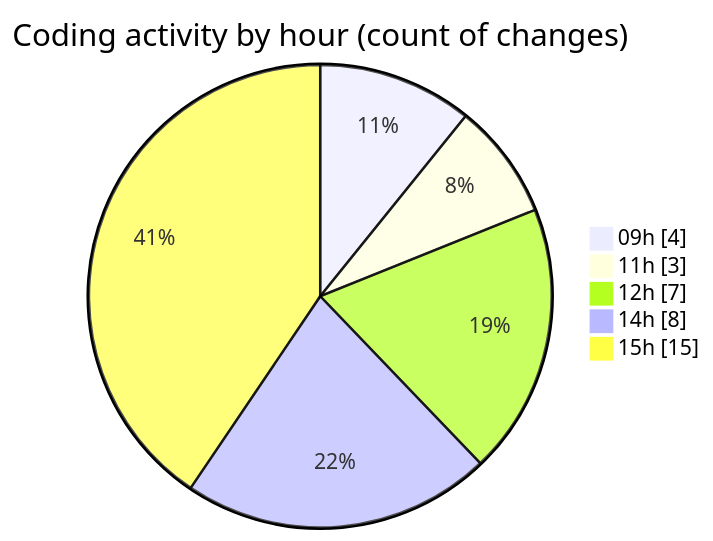
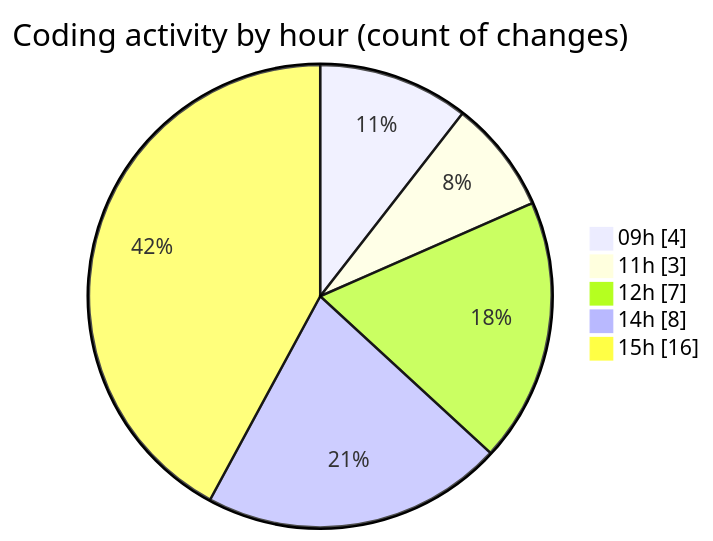
The second of 2 diagrams in 2026-10-05/cda/README.md (momahboobian/code-tracking), drawn with Mermaid before and after one commit. The commit also changed other lines of this file and 1 other file, not shown here.

````diff
--- a/2026-10-05/cda/README.md
+++ b/2026-10-05/cda/README.md
@@ -42,9 +42,9 @@
 ```mermaid
 pie showData
 title Coding activity by hour (count of changes)
 "09h" : 4
 "11h" : 3
 "12h" : 7
 "14h" : 8
-"15h" : 15
+"15h" : 16
 ```
````
